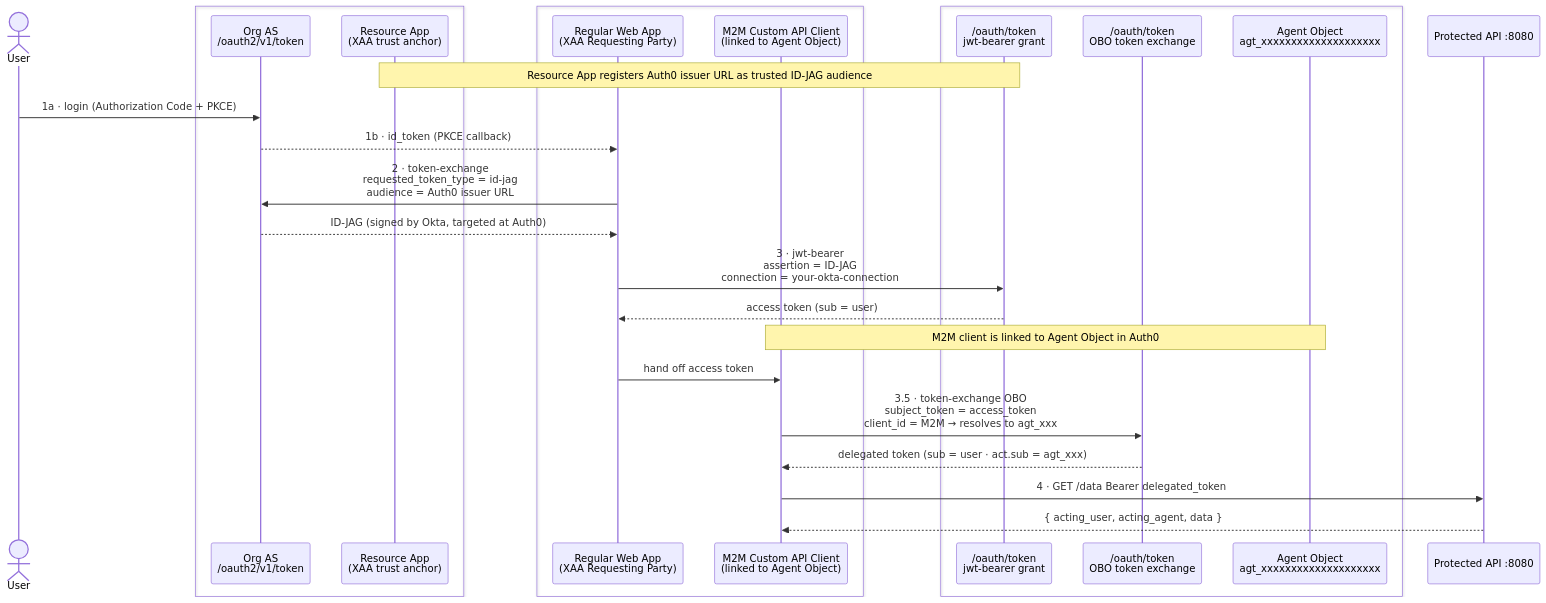
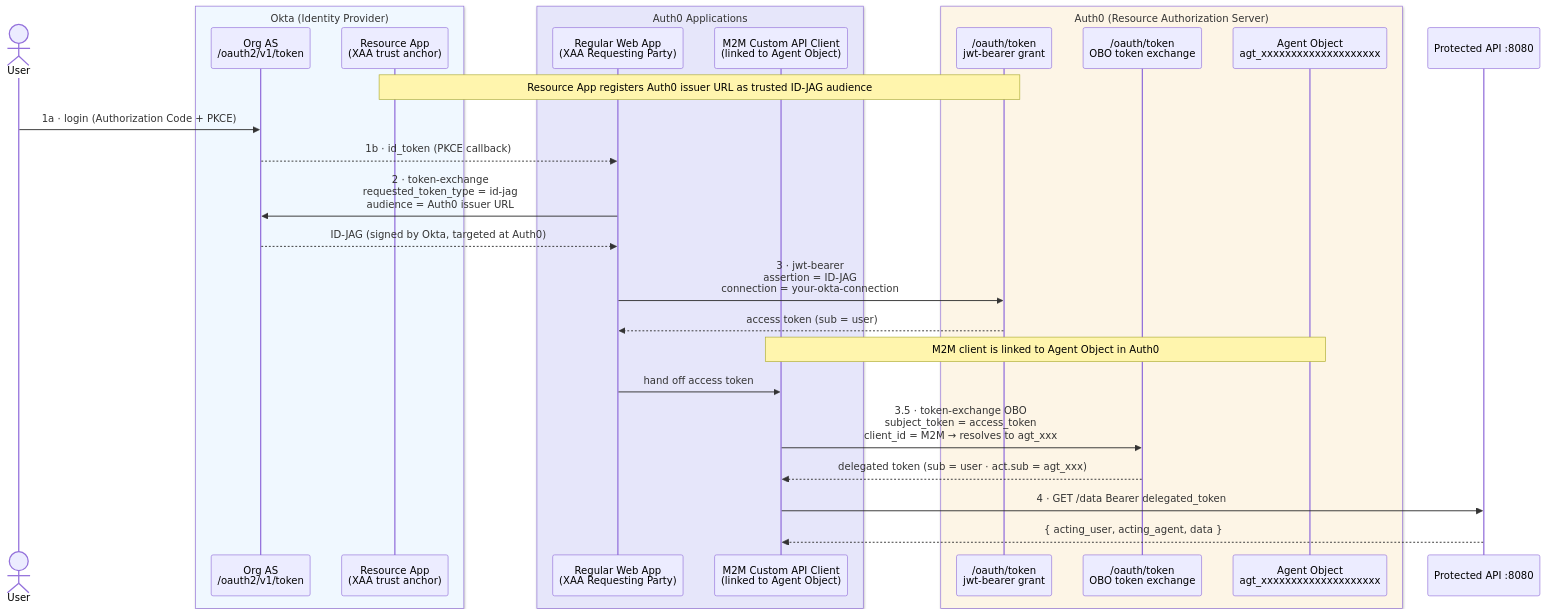
One commit to patilkapil/a0_xaa_agent_principal changed the diagram in README.md. Above: the diagram before and after it, drawn with Mermaid.

Commit message:
Adding labels to the boxes

````diff
--- a/README.md
+++ b/README.md
@@ -35,41 +35,41 @@
 ```mermaid
 sequenceDiagram
     actor User
 
-    box #EFF6FF Okta (Identity Provider)
+    box AliceBlue Okta (Identity Provider)
         participant OrgAS as Org AS<br/>/oauth2/v1/token
         participant ResApp as Resource App<br/>(XAA trust anchor)
     end
 
-    box #FDF4FF Auth0 Applications
+    box Lavender Auth0 Applications
         participant RWA as Regular Web App<br/>(XAA Requesting Party)
         participant M2M as M2M Custom API Client<br/>(linked to Agent Object)
     end
 
-    box #FFF7ED Auth0 (Resource Authorization Server)
+    box OldLace Auth0 (Resource Authorization Server)
         participant A0JWT as /oauth/token<br/>jwt-bearer grant
         participant A0OBO as /oauth/token<br/>OBO token exchange
         participant Agent as Agent Object<br/>agt_xxxxxxxxxxxxxxxxxxxx
     end
 
     participant API as Protected API :8080
 
     Note over ResApp,A0JWT: Resource App registers Auth0 issuer URL as trusted ID-JAG audience
 
     User->>OrgAS: 1a · login (Authorization Code + PKCE)
     OrgAS-->>RWA: 1b · id_token (PKCE callback)
 
     RWA->>OrgAS: 2 · token-exchange<br/>requested_token_type = id-jag<br/>audience = Auth0 issuer URL
     OrgAS-->>RWA: ID-JAG (signed by Okta, targeted at Auth0)
 
     RWA->>A0JWT: 3 · jwt-bearer<br/>assertion = ID-JAG<br/>connection = your-okta-connection
     A0JWT-->>RWA: access token (sub = user)
 
     Note over M2M,Agent: M2M client is linked to Agent Object in Auth0
     RWA->>M2M: hand off access token
     M2M->>A0OBO: 3.5 · token-exchange OBO<br/>subject_token = access_token<br/>client_id = M2M → resolves to agt_xxx
     A0OBO-->>M2M: delegated token (sub = user · act.sub = agt_xxx)
 
     M2M->>API: 4 · GET /data  Bearer delegated_token
     API-->>M2M: { acting_user, acting_agent, data }
 ```
````
